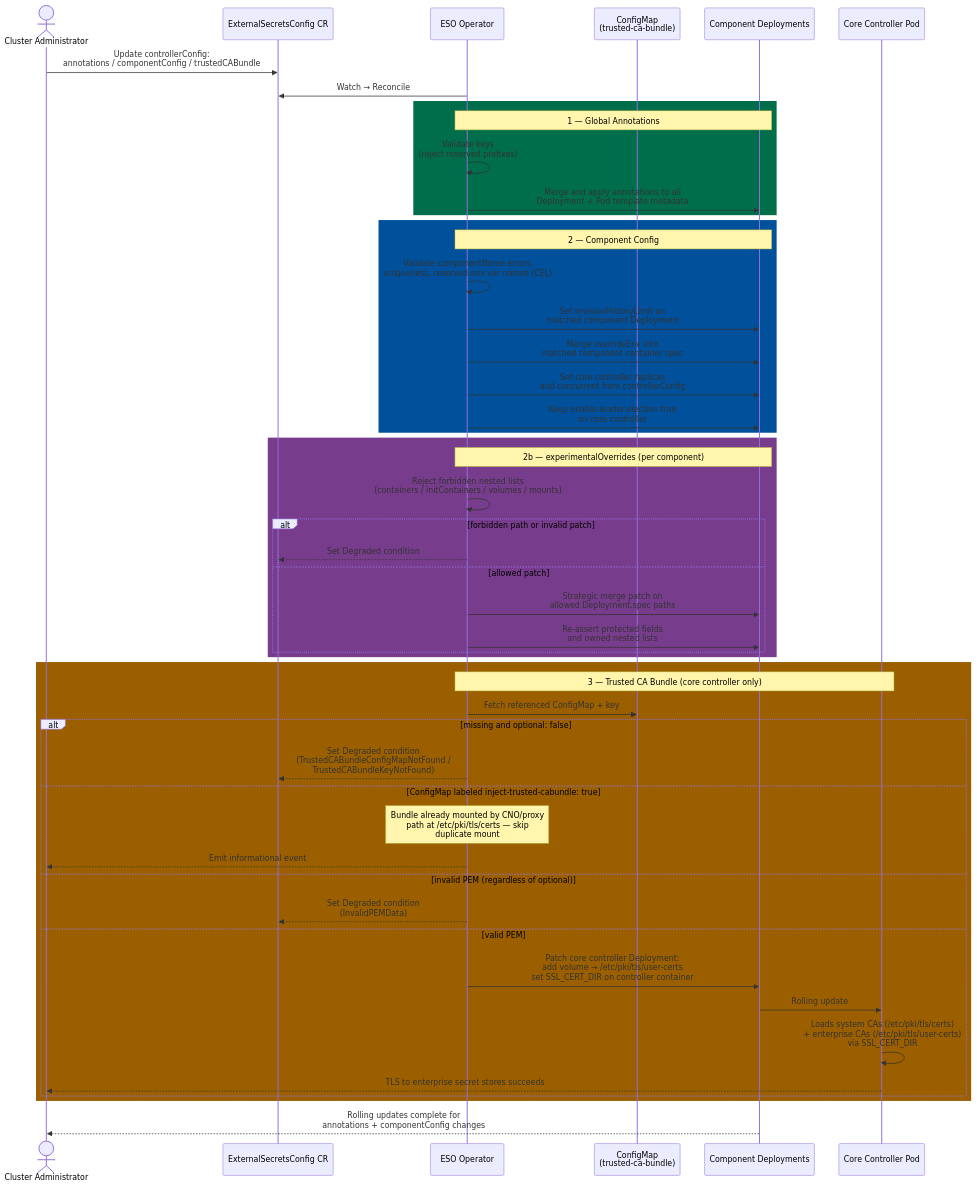
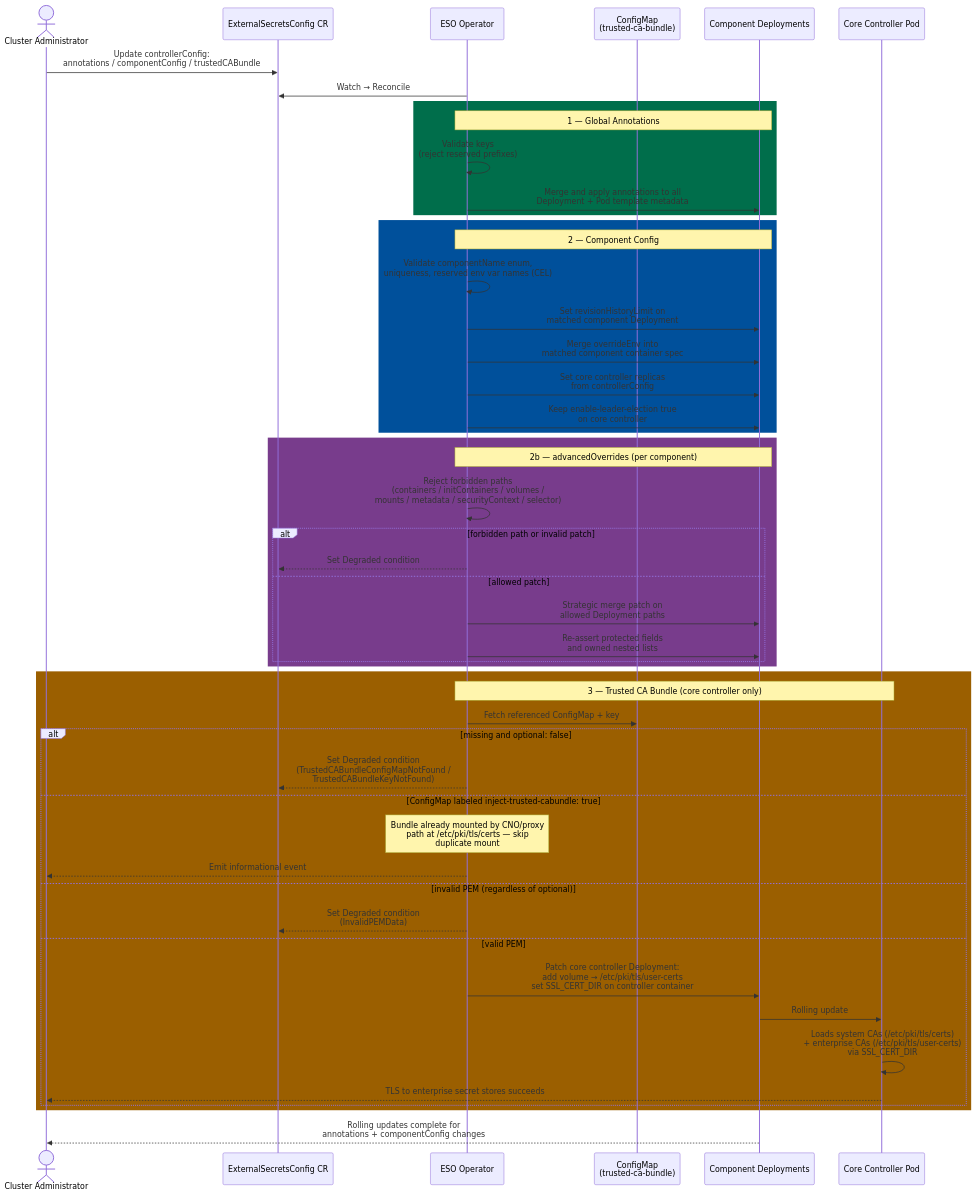
The diagram in enhancements/external-secrets-operator/external-secrets-component-config.md (openshift/enhancements), drawn with Mermaid before and after one commit. The commit also changed other lines of this file, not shown here.

````diff
--- a/enhancements/external-secrets-operator/external-secrets-component-config.md
+++ b/enhancements/external-secrets-operator/external-secrets-component-config.md
@@ -159,58 +155,58 @@
 ```mermaid
 sequenceDiagram
     actor Admin as Cluster Administrator
     participant CR as ExternalSecretsConfig CR
     participant Op as ESO Operator
     participant CM as ConfigMap<br/>(trusted-ca-bundle)
     participant Deps as Component Deployments
     participant Pod as Core Controller Pod
 
     Admin->>CR: Update controllerConfig:<br/>annotations / componentConfig / trustedCABundle
     Op->>CR: Watch → Reconcile
 
     rect rgb(0, 110, 75)
         Note over Op,Deps: 1 — Global Annotations
         Op->>Op: Validate keys<br/>(reject reserved prefixes)
         Op->>Deps: Merge and apply annotations to all<br/>Deployment + Pod template metadata
     end
 
     rect rgb(0, 80, 155)
         Note over Op,Deps: 2 — Component Config
         Op->>Op: Validate componentName enum,<br/>uniqueness, reserved env var names (CEL)
         Op->>Deps: Set revisionHistoryLimit on<br/>matched component Deployment
         Op->>Deps: Merge overrideEnv into<br/>matched component container spec
-        Op->>Deps: Set core controller replicas<br/>and concurrent from controllerConfig
+        Op->>Deps: Set core controller replicas<br/>from controllerConfig
         Op->>Deps: Keep enable-leader-election true<br/>on core controller
     end
 
     rect rgb(120, 60, 140)
-        Note over Op,Deps: 2b — experimentalOverrides (per component)
-        Op->>Op: Reject forbidden nested lists<br/>(containers / initContainers / volumes / mounts)
+        Note over Op,Deps: 2b — advancedOverrides (per component)
+        Op->>Op: Reject forbidden paths<br/>(containers / initContainers / volumes /<br/>mounts / metadata / securityContext / selector)
         alt forbidden path or invalid patch
             Op-->>CR: Set Degraded condition
         else allowed patch
-            Op->>Deps: Strategic merge patch on<br/>allowed Deployment.spec paths
+            Op->>Deps: Strategic merge patch on<br/>allowed Deployment paths
             Op->>Deps: Re-assert protected fields<br/>and owned nested lists
         end
     end
 
     rect rgb(155, 95, 0)
         Note over Op,Pod: 3 — Trusted CA Bundle (core controller only)
         Op->>CM: Fetch referenced ConfigMap + key
         alt missing and optional: false
             Op-->>CR: Set Degraded condition<br/>(TrustedCABundleConfigMapNotFound /<br/>TrustedCABundleKeyNotFound)
         else ConfigMap labeled inject-trusted-cabundle: true
             Note over Op: Bundle already mounted by CNO/proxy<br/>path at /etc/pki/tls/certs — skip<br/>duplicate mount
             Op-->>Admin: Emit informational event
         else invalid PEM (regardless of optional)
             Op-->>CR: Set Degraded condition<br/>(InvalidPEMData)
         else valid PEM
             Op->>Deps: Patch core controller Deployment:<br/>add volume → /etc/pki/tls/user-certs<br/>set SSL_CERT_DIR on controller container
             Deps->>Pod: Rolling update
             Pod->>Pod: Loads system CAs (/etc/pki/tls/certs)<br/>+ enterprise CAs (/etc/pki/tls/user-certs)<br/>via SSL_CERT_DIR
             Pod-->>Admin: TLS to enterprise secret stores succeeds
         end
     end
 
     Deps-->>Admin: Rolling updates complete for<br/>annotations + componentConfig changes
 ```
````
